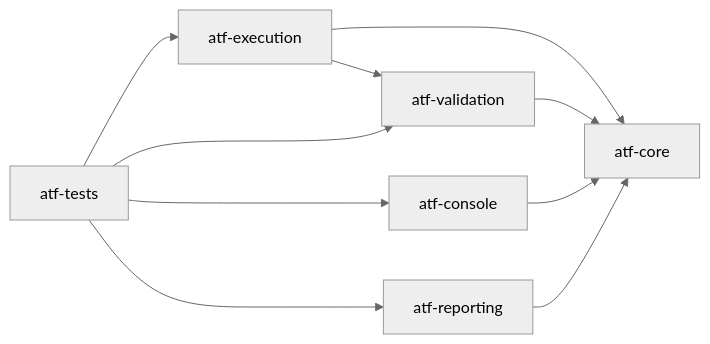
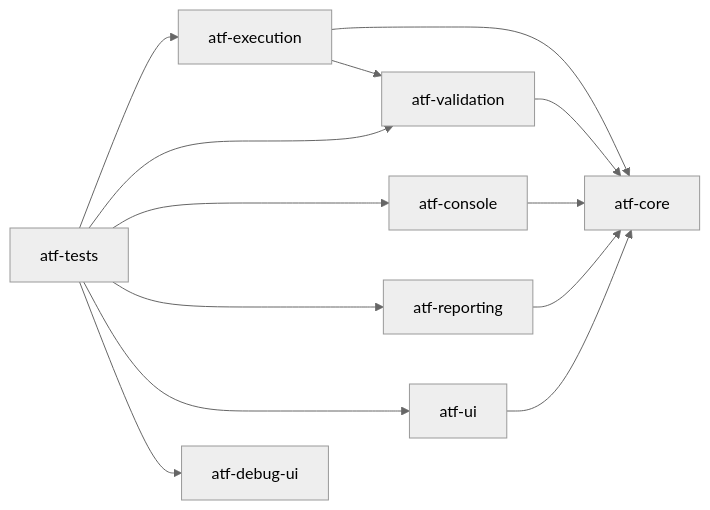
One commit to crististefanita/demo2 changed the second of 4 diagrams in README.md. Above: the diagram before and after it, drawn with Mermaid (neutral theme). The commit also changed other lines of this file and 48 other files, not shown here.

````diff
--- a/README.md
+++ b/README.md
@@ -84,12 +105,15 @@
 ```mermaid
 flowchart LR
     Tests[atf-tests] --> Execution[atf-execution]
     Tests --> Validation[atf-validation]
     Tests --> Console[atf-console]
     Tests --> Reporting[atf-reporting]
+    Tests --> Ui[atf-ui]
+    Tests --> DebugUi[atf-debug-ui]
     Execution --> Core[atf-core]
     Execution --> Validation
     Validation --> Core
     Console --> Core
     Reporting --> Core
+    Ui --> Core
 ```
````
